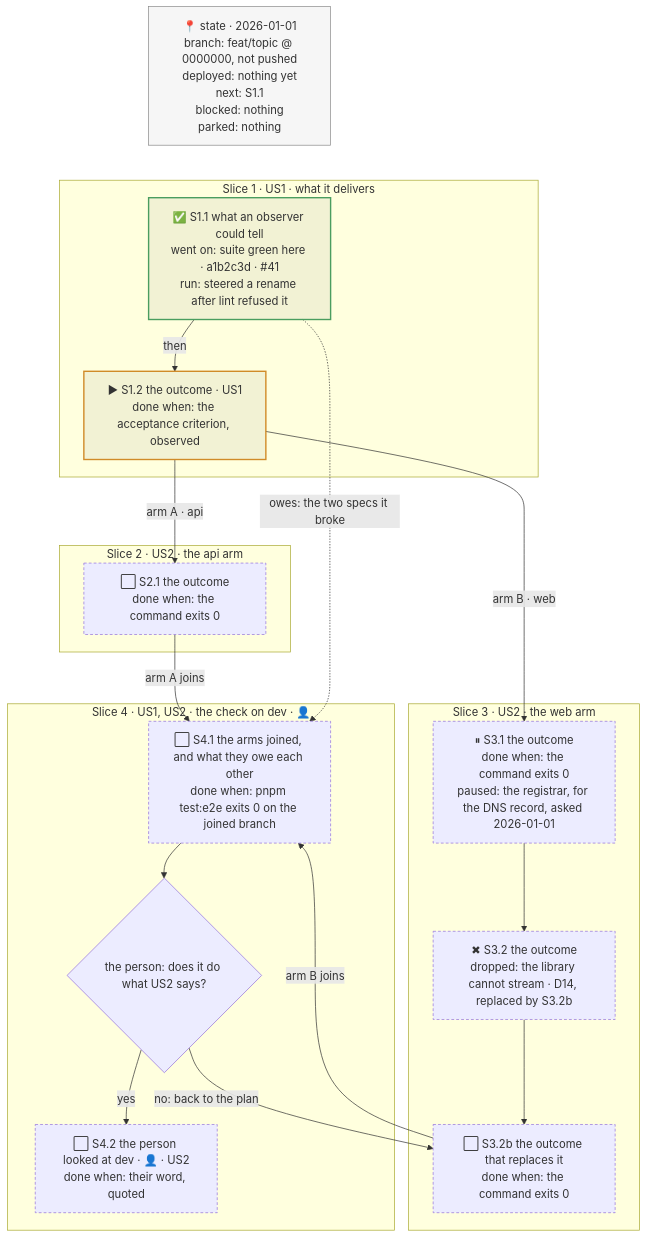
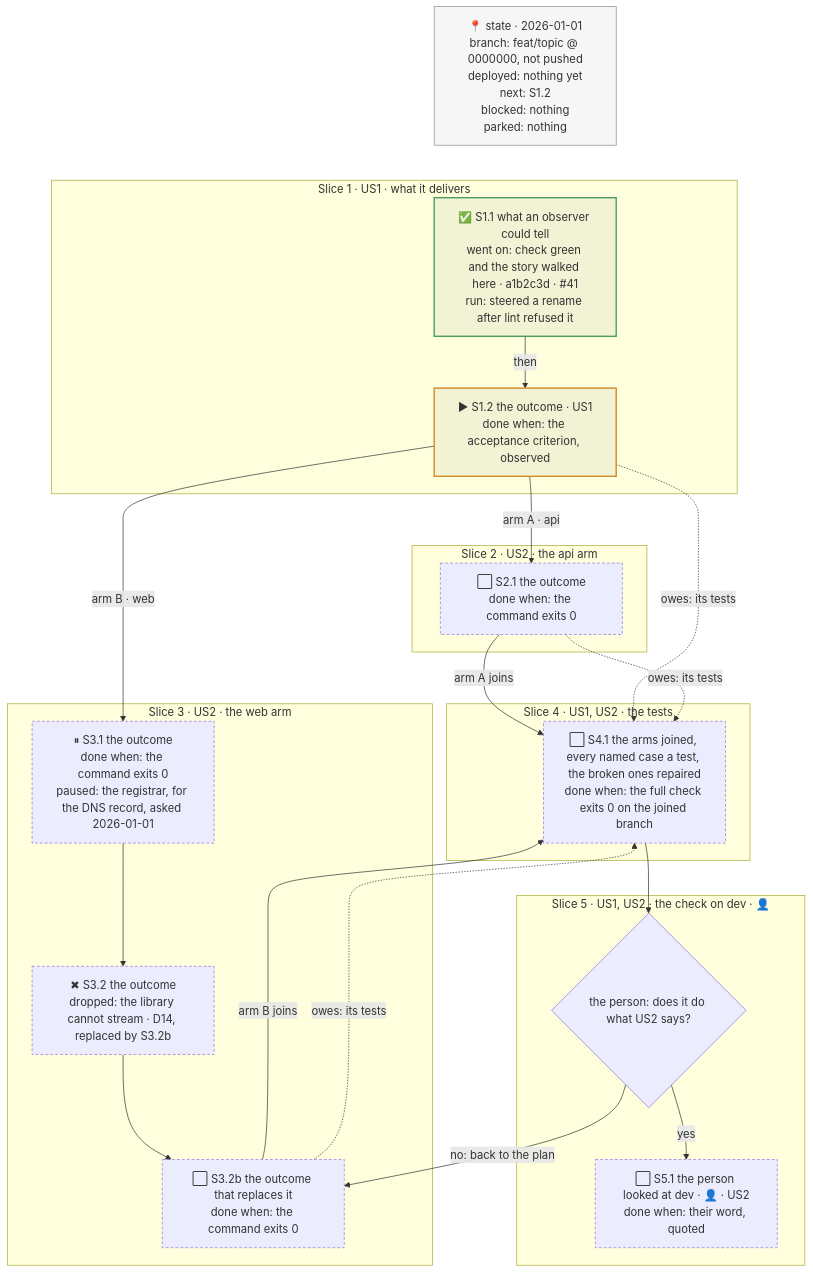
Before and after one commit to Ovich/charrette: the diagram in skills/execute-plan/references/tracker-skeleton.md, drawn with Mermaid. The commit also changed other lines of this file and 11 other files, not shown here.

First line of the commit message:
release: v2.2.6, choosing tests at the plan end in the mandate draws the test slice, and the slice writer knows its document

````diff
--- a/skills/execute-plan/references/tracker-skeleton.md
+++ b/skills/execute-plan/references/tracker-skeleton.md
@@ -9,47 +10,52 @@
 ```mermaid
 flowchart TB
   %% tracker
-  ST["📍 state · 2026-01-01<br/>branch: feat/topic @ 0000000, not pushed<br/>deployed: nothing yet<br/>next: S1.1<br/>blocked: nothing<br/>parked: nothing"]
+  ST["📍 state · 2026-01-01<br/>branch: feat/topic @ 0000000, not pushed<br/>deployed: nothing yet<br/>next: S1.2<br/>blocked: nothing<br/>parked: nothing"]
 
   subgraph SL1["Slice 1 · US1 · what it delivers"]
-    S1.1["✅ S1.1 what an observer could tell<br/>went on: suite green here · a1b2c3d · #41<br/>run: steered a rename after lint refused it"]
+    S1.1["✅ S1.1 what an observer could tell<br/>went on: check green and the story walked here · a1b2c3d · #41<br/>run: steered a rename after lint refused it"]
     S1.2["▶ S1.2 the outcome · US1<br/>done when: the acceptance criterion, observed"]
   end
 
   subgraph SL2["Slice 2 · US2 · the api arm"]
     S2.1["⬜ S2.1 the outcome<br/>done when: the command exits 0"]
   end
 
   subgraph SL3["Slice 3 · US2 · the web arm"]
     S3.1["⏸ S3.1 the outcome<br/>done when: the command exits 0<br/>paused: the registrar, for the DNS record, asked 2026-01-01"]
     S3.2["✖ S3.2 the outcome<br/>dropped: the library cannot stream · D14, replaced by S3.2b"]
     S3.2b["⬜ S3.2b the outcome that replaces it<br/>done when: the command exits 0"]
   end
 
-  subgraph SL4["Slice 4 · US1, US2 · the check on dev · 👤"]
-    S4.1["⬜ S4.1 the arms joined, and what they owe each other<br/>done when: pnpm test:e2e exits 0 on the joined branch"]
-    G4{"the person: does it do what US2 says?"}
-    S4.2["⬜ S4.2 the person looked at dev · 👤 · US2<br/>done when: their word, quoted"]
+  subgraph SL4["Slice 4 · US1, US2 · the tests"]
+    S4.1["⬜ S4.1 the arms joined, every named case a test, the broken ones repaired<br/>done when: the full check exits 0 on the joined branch"]
+  end
+
+  subgraph SL5["Slice 5 · US1, US2 · the check on dev · 👤"]
+    G5{"the person: does it do what US2 says?"}
+    S5.1["⬜ S5.1 the person looked at dev · 👤 · US2<br/>done when: their word, quoted"]
   end
 
   ST ~~~ S1.1
   S1.1 -->|"then"| S1.2
   S1.2 -->|"arm A · api"| S2.1
   S1.2 -->|"arm B · web"| S3.1
   S3.1 --> S3.2 --> S3.2b
   S2.1 -->|"arm A joins"| S4.1
   S3.2b -->|"arm B joins"| S4.1
-  S4.1 --> G4
-  G4 -->|"yes"| S4.2
-  G4 -->|"no: back to the plan"| S3.2b
-  S1.1 -.->|"owes: the two specs it broke"| S4.1
+  S4.1 --> G5
+  G5 -->|"yes"| S5.1
+  G5 -->|"no: back to the plan"| S3.2b
+  S1.2 -.->|"owes: its tests"| S4.1
+  S2.1 -.->|"owes: its tests"| S4.1
+  S3.2b -.->|"owes: its tests"| S4.1
 
   classDef done stroke:#4a9d5f,stroke-width:2px,fill:#7f7f7f1a
   classDef next stroke:#d08b28,stroke-width:2px,fill:#7f7f7f1a
   classDef todo stroke-dasharray:4 3
   classDef state stroke:#8a8a8a,stroke-width:1px,fill:#7f7f7f12
   class S1.1 done
   class S1.2 next
-  class S2.1,S3.1,S3.2,S3.2b,S4.1,S4.2 todo
+  class S2.1,S3.1,S3.2,S3.2b,S4.1,S5.1 todo
   class ST state
 ```
````
